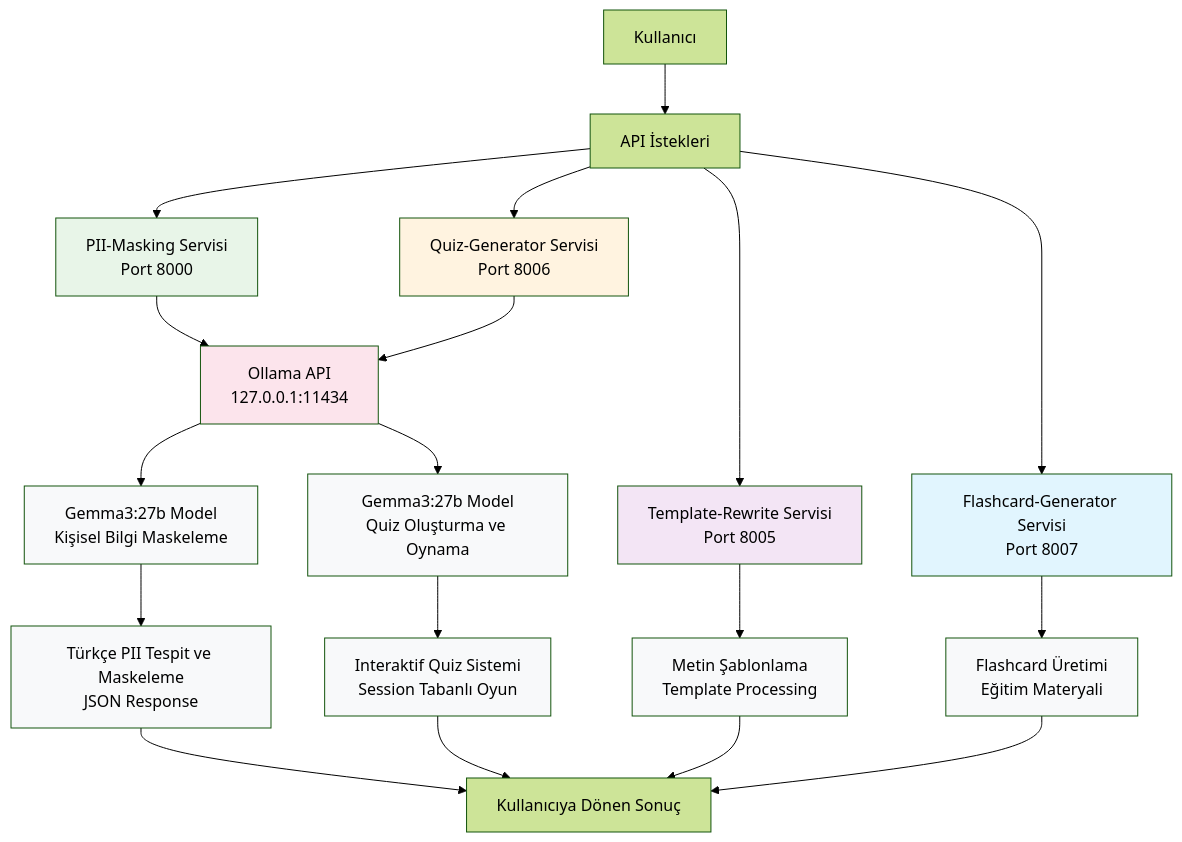
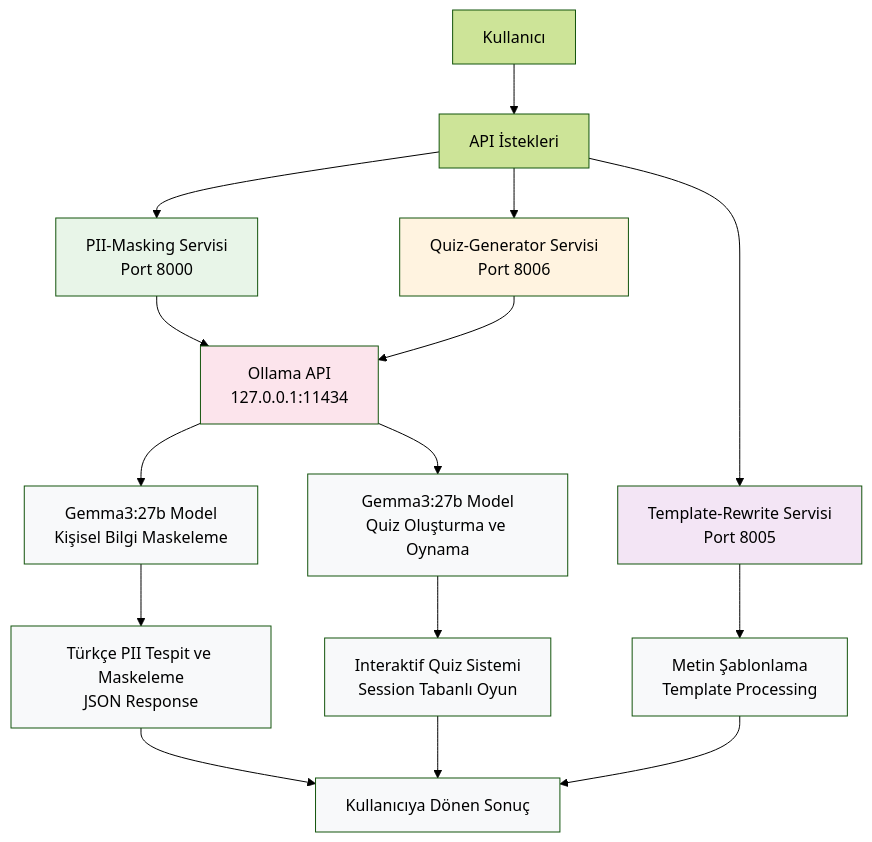
The second of 2 diagrams in README.md (aeyeniay/ai_hub), drawn with Mermaid (forest theme) before and after one commit. The commit also changed other lines of this file and 18 other files, not shown here.

First line of the commit message:
feat: Template-rewrite servisi eklendi ve proje temizlendi

````diff
--- a/README.md
+++ b/README.md
@@ -212,38 +211,34 @@
 ```mermaid
 graph TB
     A[Kullanıcı] --> B[API İstekleri]
     
     B --> C[PII-Masking Servisi<br/>Port 8000]
     B --> D[Quiz-Generator Servisi<br/>Port 8006]
     B --> E[Template-Rewrite Servisi<br/>Port 8005]
-    B --> F[Flashcard-Generator Servisi<br/>Port 8007]
     
-    C --> G[Ollama API<br/>127.0.0.1:11434]
-    D --> G
+    C --> F[Ollama API<br/>127.0.0.1:11434]
+    D --> F
     
-    G --> H[Gemma3:27b Model<br/>Kişisel Bilgi Maskeleme]
-    G --> I[Gemma3:27b Model<br/>Quiz Oluşturma ve Oynama]
+    F --> G[Gemma3:27b Model<br/>Kişisel Bilgi Maskeleme]
+    F --> H[Gemma3:27b Model<br/>Quiz Oluşturma ve Oynama]
     
-    H --> J[Türkçe PII Tespit ve Maskeleme<br/>JSON Response]
-    I --> K[Interaktif Quiz Sistemi<br/>Session Tabanlı Oyun]
+    G --> I[Türkçe PII Tespit ve Maskeleme<br/>JSON Response]
+    H --> J[Interaktif Quiz Sistemi<br/>Session Tabanlı Oyun]
     
-    E --> L[Metin Şablonlama<br/>Template Processing]
-    F --> M[Flashcard Üretimi<br/>Eğitim Materyali]
+    E --> K[Metin Şablonlama<br/>Template Processing]
     
-    J --> N[Kullanıcıya Dönen Sonuç]
-    K --> N
-    L --> N
-    M --> N
+    I --> L[Kullanıcıya Dönen Sonuç]
+    J --> L
+    K --> L
     
     style C fill:#e8f5e8
     style D fill:#fff3e0
     style E fill:#f3e5f5
-    style F fill:#e1f5fe
-    style G fill:#fce4ec
+    style F fill:#fce4ec
+    style G fill:#f8f9fa
     style H fill:#f8f9fa
     style I fill:#f8f9fa
     style J fill:#f8f9fa
     style K fill:#f8f9fa
     style L fill:#f8f9fa
-    style M fill:#f8f9fa
 ```
````
